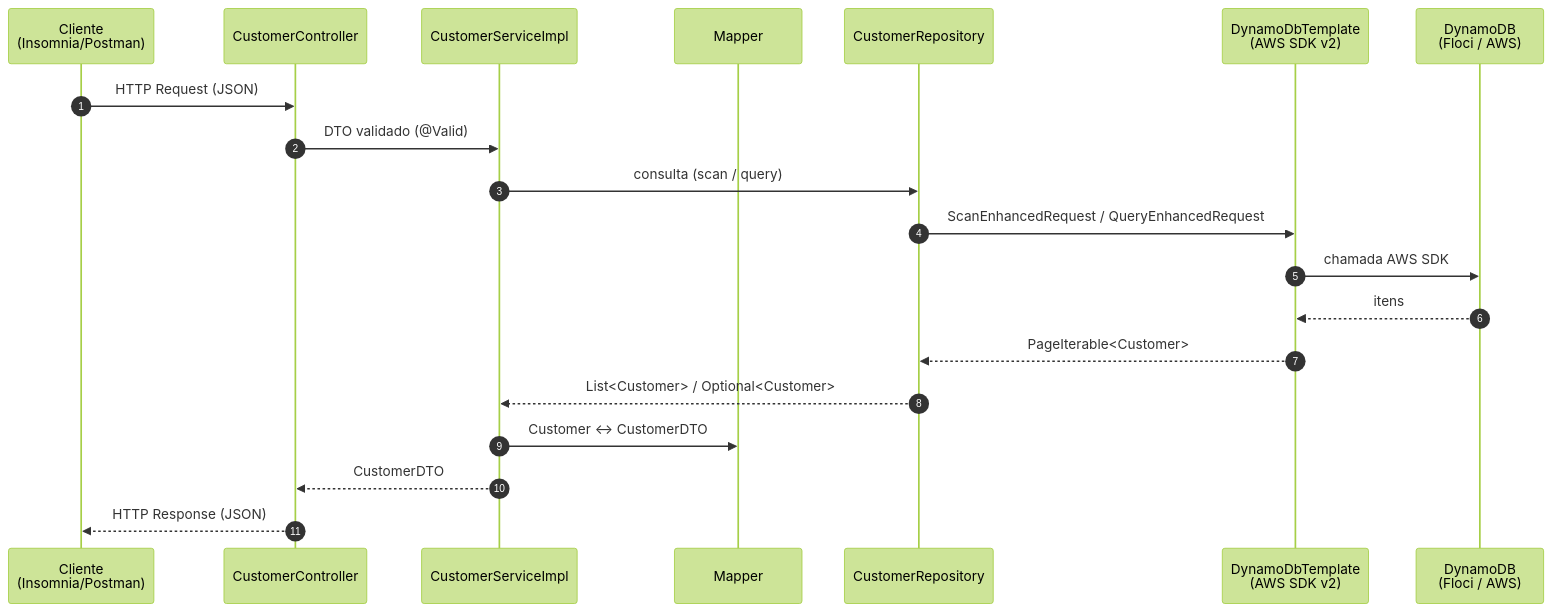
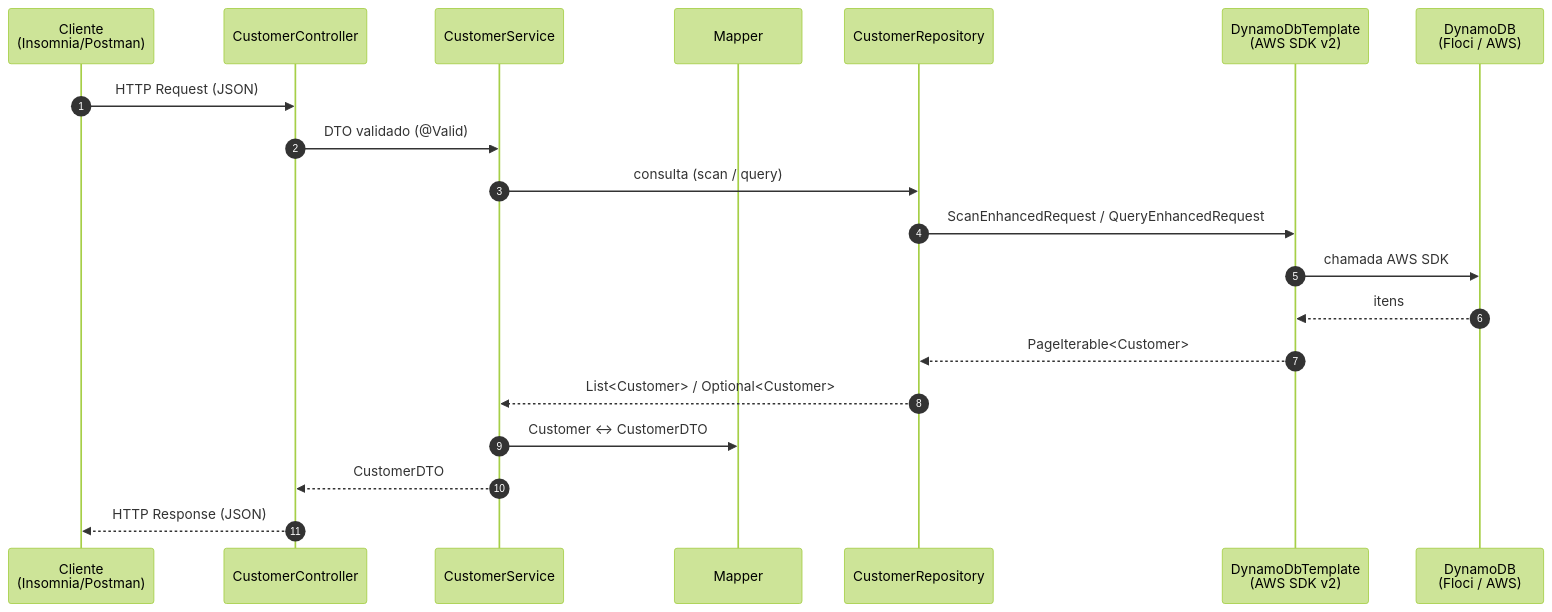
Before and after one commit to marcuskeller/dynamodb: the diagram in README.md, drawn with Mermaid (forest theme). The commit also changed other lines of this file and 10 other files, not shown here.

Commit message:
feat: refactor Customer service and repository structure, remove implementation class

````diff
--- a/README.md
+++ b/README.md
@@ -102,24 +102,24 @@
 ```mermaid
 sequenceDiagram
     autonumber
 
     participant C as Cliente<br/>(Insomnia/Postman)
     participant CT as CustomerController
-    participant S as CustomerServiceImpl
+    participant S as CustomerService
     participant M as Mapper
     participant R as CustomerRepository
     participant T as DynamoDbTemplate<br/>(AWS SDK v2)
     participant DB as DynamoDB<br/>(Floci / AWS)
 
     C->>CT: HTTP Request (JSON)
     CT->>S: DTO validado (@Valid)
     S->>R: consulta (scan / query)
     R->>T: ScanEnhancedRequest / QueryEnhancedRequest
     T->>DB: chamada AWS SDK
     DB-->>T: itens
     T-->>R: PageIterable<Customer>
     R-->>S: List<Customer> / Optional<Customer>
     S->>M: Customer <-> CustomerDTO
     S-->>CT: CustomerDTO
     CT-->>C: HTTP Response (JSON)
 ```
````
